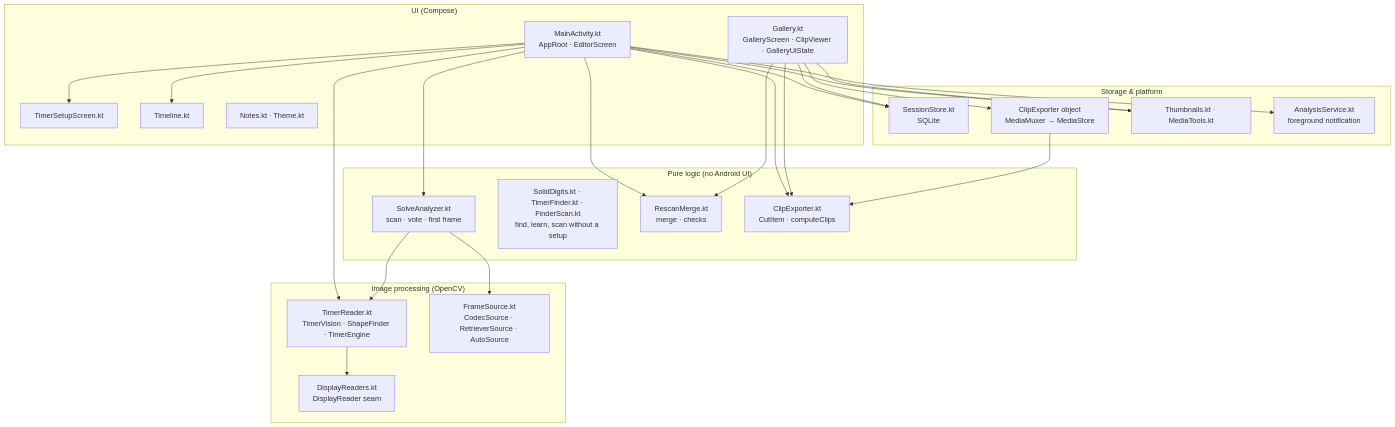
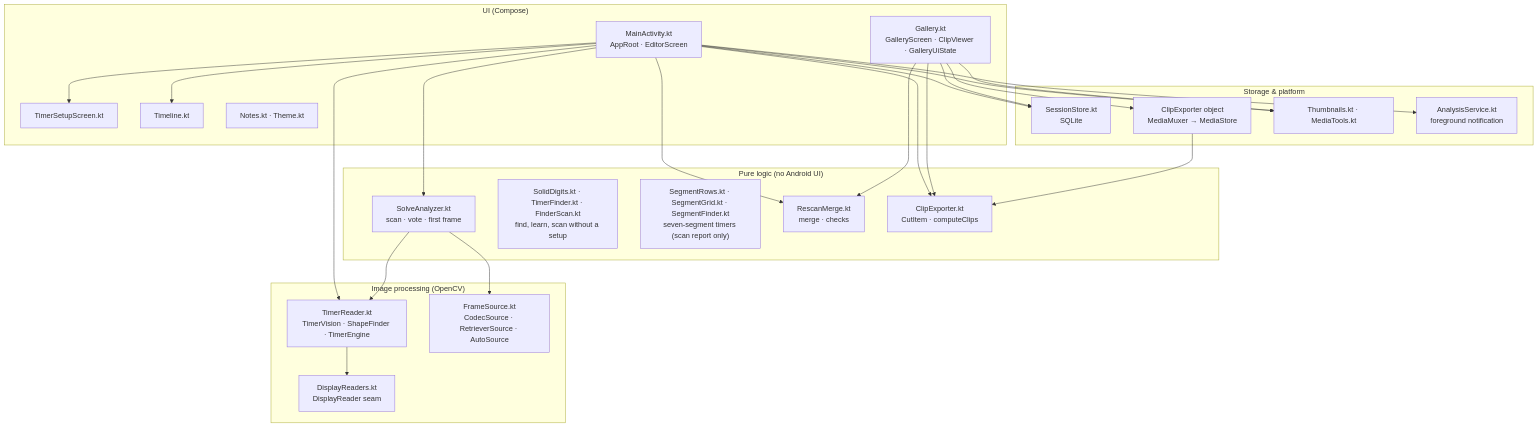
Before and after one commit to justinihil/CubeCut: the first of 5 diagrams in ARCHITECTURE.md, drawn with Mermaid. The commit also changed other lines of this file and 12 other files, not shown here.

First line of the commit message:
feat(scan): seven-segment timers are found by themselves, in the scan report only (3.3-C)

````diff
--- a/ARCHITECTURE.md
+++ b/ARCHITECTURE.md
@@ -15,32 +15,33 @@
 ```mermaid
 flowchart TB
   subgraph UI["UI (Compose)"]
     MA["MainActivity.kt<br/>AppRoot · EditorScreen"]
     GA["Gallery.kt<br/>GalleryScreen · ClipViewer · GalleryUiState"]
     TS["TimerSetupScreen.kt"]
     TL["Timeline.kt"]
     NT["Notes.kt · Theme.kt"]
   end
   subgraph Domain["Pure logic (no Android UI)"]
     SA["SolveAnalyzer.kt<br/>scan · vote · first frame"]
     TF["SolidDigits.kt · TimerFinder.kt · FinderScan.kt<br/>find, learn, scan without a setup"]
+    SF["SegmentRows.kt · SegmentGrid.kt · SegmentFinder.kt<br/>seven-segment timers (scan report only)"]
     RM["RescanMerge.kt<br/>merge · checks"]
     CE1["ClipExporter.kt<br/>CutItem · computeClips"]
   end
   subgraph Vision["Image processing (OpenCV)"]
     TR["TimerReader.kt<br/>TimerVision · ShapeFinder · TimerEngine"]
     DR["DisplayReaders.kt<br/>DisplayReader seam"]
     FS["FrameSource.kt<br/>CodecSource · RetrieverSource · AutoSource"]
   end
   subgraph Platform["Storage & platform"]
     SS["SessionStore.kt<br/>SQLite"]
     CE2["ClipExporter object<br/>MediaMuxer → MediaStore"]
     TH["Thumbnails.kt · MediaTools.kt"]
     AS["AnalysisService.kt<br/>foreground notification"]
   end
   MA --> SA & RM & CE1 & SS & TR & TL & TS & AS & TH
   GA --> SS & CE1 & CE2 & RM & TH
   SA --> FS & TR
   TR --> DR
   CE2 --> CE1
 ```
````
